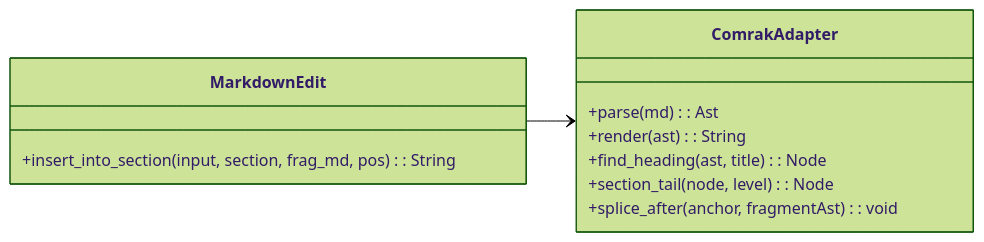
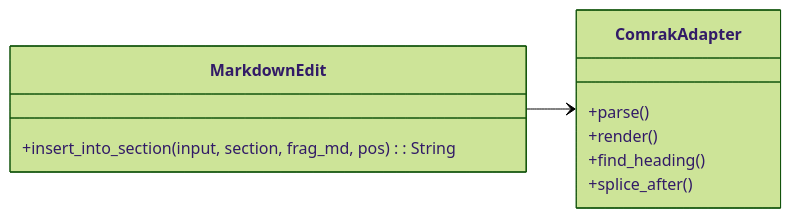
The ninth of 22 diagrams in docs/01_development_plan.md (agustinvalencia/mdvault), drawn with Mermaid (forest theme) before and after one commit. The commit also changed other lines of this file and 1 other file, not shown here.

````diff
--- a/docs/01_development_plan.md
+++ b/docs/01_development_plan.md
@@ -238,16 +254,15 @@
 ```mermaid
 classDiagram
   direction LR
   class MarkdownEdit {
     +insert_into_section(input, section, frag_md, pos): String
   }
   class ComrakAdapter {
-    +parse(md): Ast
-    +render(ast): String
-    +find_heading(ast, title): Node
-    +section_tail(node, level): Node
-    +splice_after(anchor, fragmentAst): void
+    +parse()
+    +render()
+    +find_heading()
+    +splice_after()
   }
 
   MarkdownEdit --> ComrakAdapter
 ```
````
